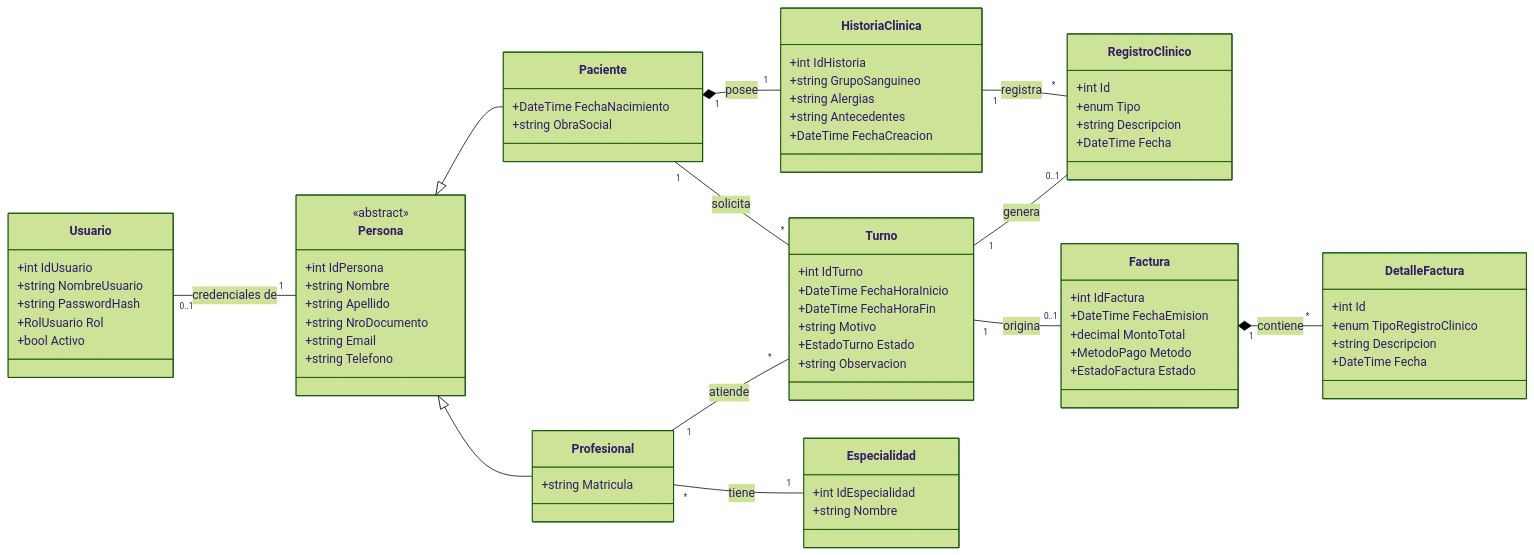
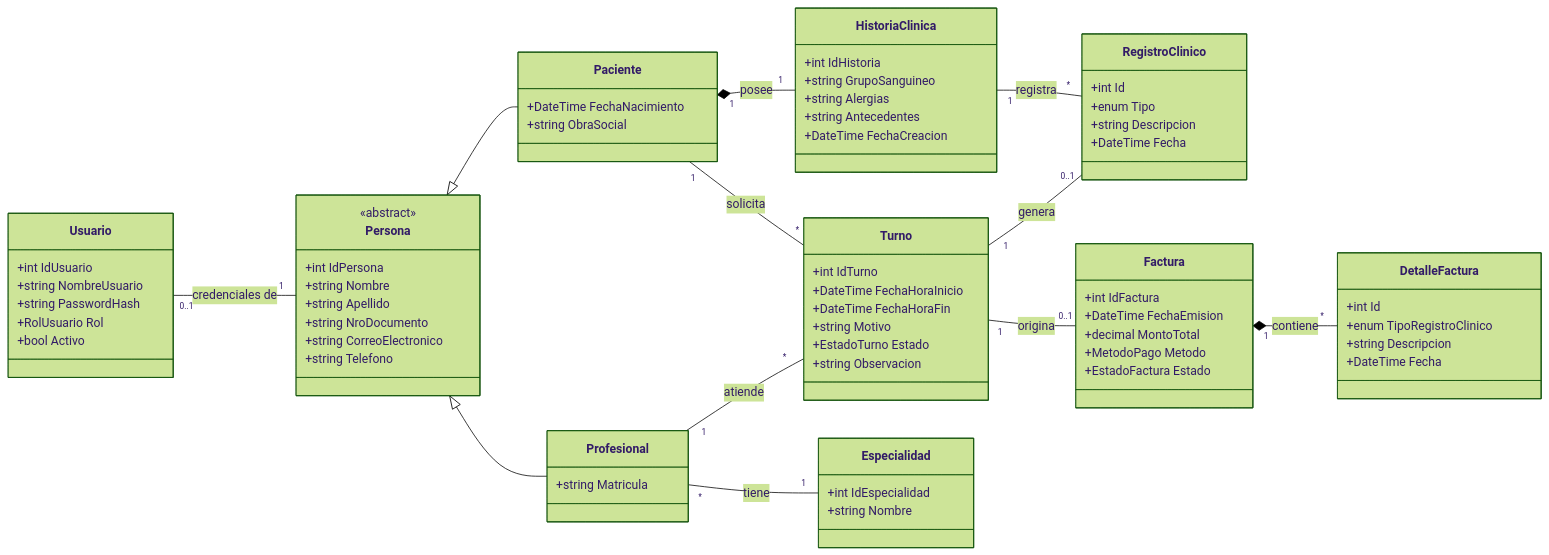
Before and after one commit to AlejoMistra/TPI.NET: the diagram in README.md, drawn with Mermaid (forest theme). The commit also changed 25 other files, not shown here.

```diff
--- a/README.md
+++ b/README.md
@@ -37,7 +37,7 @@
         +string Nombre
         +string Apellido
         +string NroDocumento
-        +string Email
+        +string CorreoElectronico
         +string Telefono
     }
 
```
